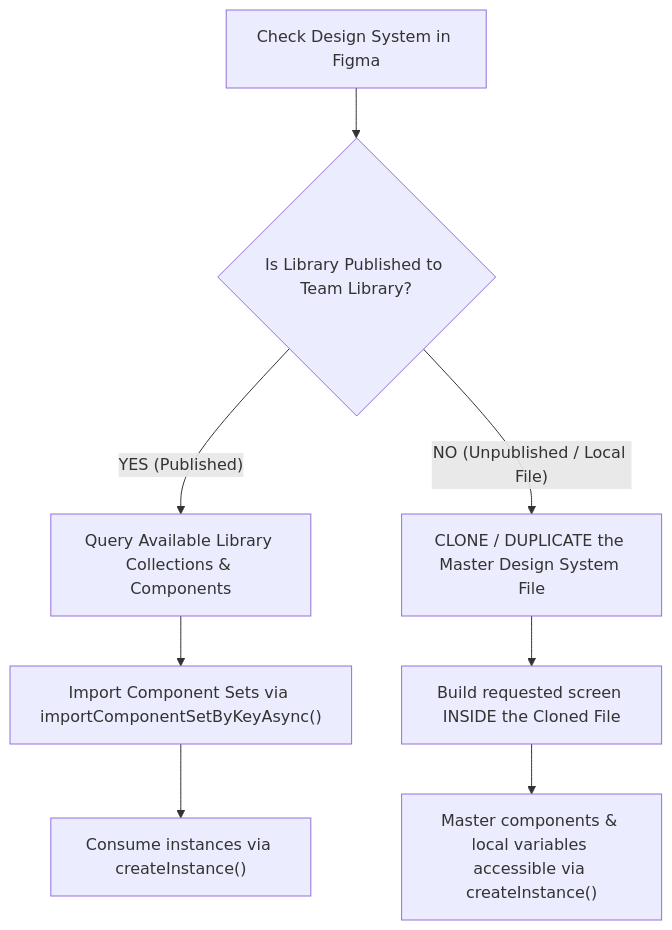
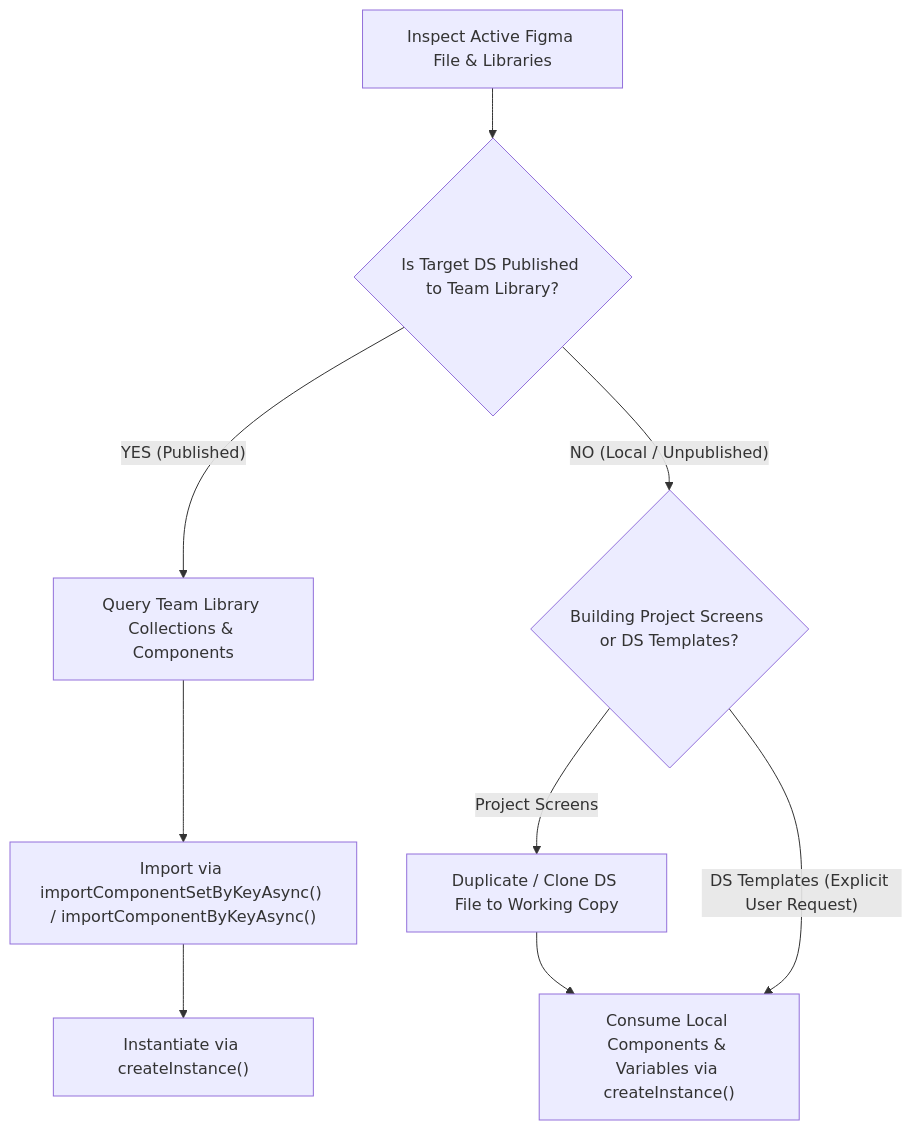
The diagram in skills/figma-design-system-composer/SKILL.md (rhmdee/caliper), drawn with Mermaid before and after one commit. The commit also changed other lines of this file and 2 other files, not shown here.

Commit message:
refactor(caliper): make figma composer skills DS-agnostic with dynamic discovery

````diff
--- a/skills/figma-design-system-composer/SKILL.md
+++ b/skills/figma-design-system-composer/SKILL.md
@@ -48,10 +43,11 @@
 ```mermaid
 flowchart TD
-    A["Check Design System in Figma"] --> B{"Is Library Published to Team Library?"}
-    B -- "YES (Published)" --> C["Query Available Library Collections & Components"]
-    C --> D["Import Component Sets via importComponentSetByKeyAsync()"]
-    D --> E["Consume instances via createInstance()"]
-    B -- "NO (Unpublished / Local File)" --> F["CLONE / DUPLICATE the Master Design System File"]
-    F --> G["Build requested screen INSIDE the Cloned File"]
-    G --> H["Master components & local variables accessible via createInstance()"]
+    A["Inspect Active Figma File & Libraries"] --> B{"Is Target DS Published to Team Library?"}
+    B -- "YES (Published)" --> C["Query Team Library Collections & Components"]
+    C --> D["Import via importComponentSetByKeyAsync() / importComponentByKeyAsync()"]
+    D --> E["Instantiate via createInstance()"]
+    B -- "NO (Local / Unpublished)" --> F{"Building Project Screens or DS Templates?"}
+    F -- "Project Screens" --> G["Duplicate / Clone DS File to Working Copy"]
+    G --> H["Consume Local Components & Variables via createInstance()"]
+    F -- "DS Templates (Explicit User Request)" --> H
 ```
````
